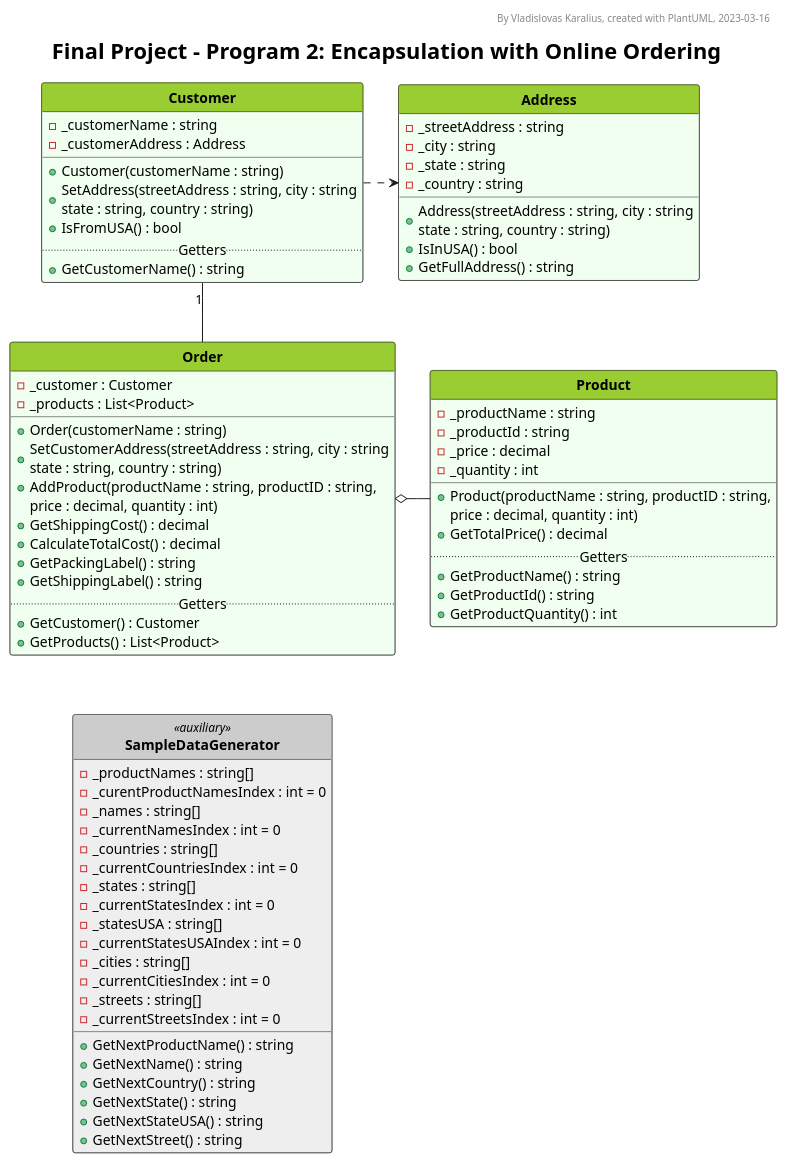
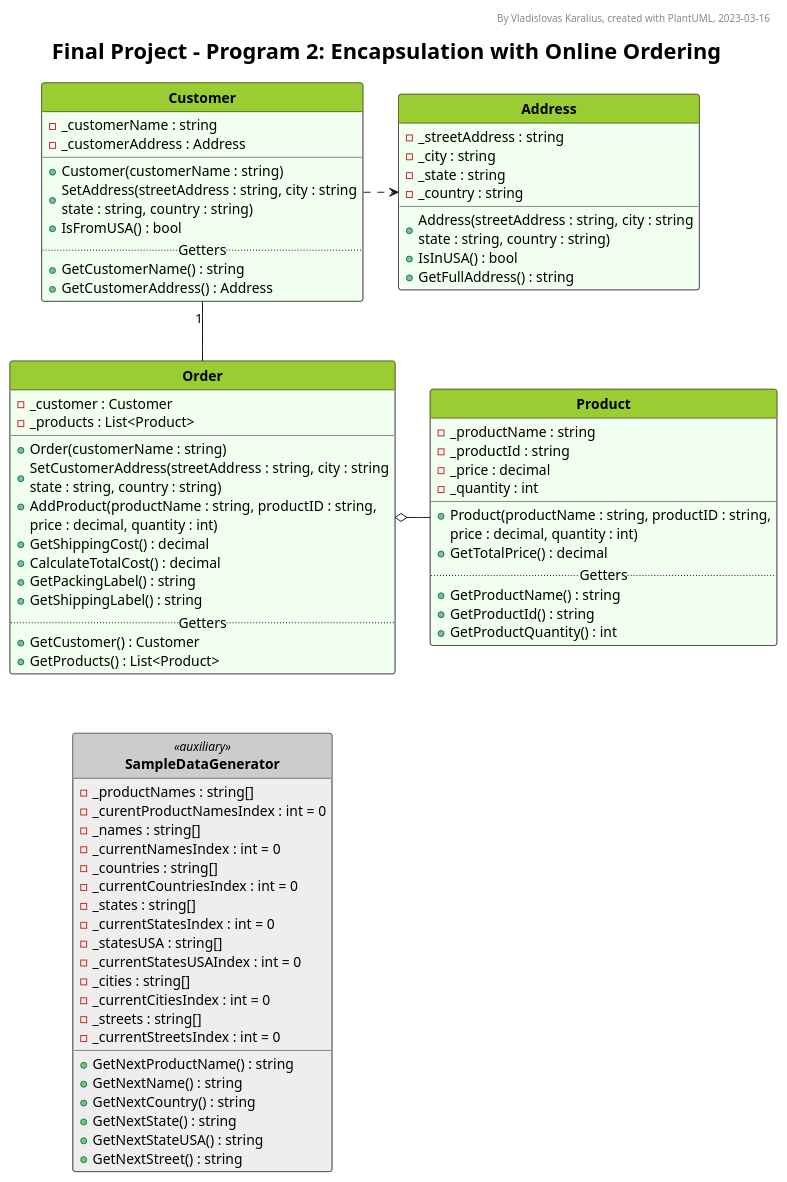
One commit to VladKaralius/cse210-projects changed the diagram in final/Foundation2/UML_diagram.pu. Above: the diagram before and after it, drawn with PlantUML.

Commit message:
Small fixes

```diff
--- a/final/Foundation2/UML_diagram.pu
+++ b/final/Foundation2/UML_diagram.pu
@@ -1,170 +1,171 @@
 @startuml UML_diagram
 
 '--Formatting options--
 hide circle
 hide empty members
 'skinparam classAttributeIconSize 0
 skinparam style strictuml
 'skinparam groupInheritance 2
 'skinparam linetype ortho
 'skinparam Nodesep 15
 'skinparam Ranksep 25
 'left to right direction
 
 '--Styling--
 'skinparam BackgroundColor White/LightGreen
 skinparam TitleFontSize 22
 
 <style>
 classDiagram {
   class {
     '-attributes and methods-
     'FontSize 14
     'FontColor black
     'BackgroundColor #fefece
     BackgroundColor #f0fff0
     'RoundCorner 0
     '-class name-
     header {
       'FontSize 12
       'FontColor Black
       FontStyle bold
       BackgroundColor YellowGreen
     }
     
     ' Alternative class style 1
     .style1 {
       BackgroundColor Bisque
       header {
         BackgroundColor Orange
       }
     }
 
     ' Alternative class style 2
     .auxiliary {
       BackgroundColor #eeeeee
       header {
         BackgroundColor #cccccc
       }
     }
   }
   note {
     BackgroundColor Yellow
   }
   legend {
     FontSize 18
   }
 </style>
 
 '--Header, title, caption--
 header By Vladislovas Karalius, created with PlantUML, 2023-03-16
 title Final Project - Program 2: Encapsulation with Online Ordering
 'caption <:warning:>Constructors without parameters are not shown in this diagram
 
 ' Dummy class that explains visibility symbols
 ' class Markers #dddddd {
 ' Attributes
 ' ..
 ' - private
 ' # protected
 ' + public
 ' {static} static
 ' --
 ' Methods
 ' ..
 ' - private()
 ' # protected()
 ' + public()
 ' {static} static()
 ' }
 
 '--Main--
 class Order {
   - _customer : Customer
   - _products : List<Product> 
   __
   + Order(customerName : string)
   + SetCustomerAddress(streetAddress : string, city : string\nstate : string, country : string)
   + AddProduct(productName : string, productID : string,
     price : decimal, quantity : int)
   + GetShippingCost() : decimal
   + CalculateTotalCost() : decimal
   + GetPackingLabel() : string
   + GetShippingLabel() : string
   ..Getters..
   + GetCustomer() : Customer
   + GetProducts() : List<Product>
 }
 
 class Product {
   - _productName : string
   - _productId : string
   - _price : decimal
   - _quantity : int
   __
   + Product(productName : string, productID : string,
     price : decimal, quantity : int)
   + GetTotalPrice() : decimal
   ..Getters..
   + GetProductName() : string
   + GetProductId() : string
   + GetProductQuantity() : int
 }
 
 class Customer {
 - _customerName : string
 - _customerAddress : Address
 __
 + Customer(customerName : string)
 + SetAddress(streetAddress : string, city : string\nstate : string, country : string)
 + IsFromUSA() : bool
 ..Getters..
 + GetCustomerName() : string
++ GetCustomerAddress() : Address
 }
 
 class Address {
   - _streetAddress : string
   - _city : string
   - _state : string
   - _country : string
   + Address(streetAddress : string, city : string\nstate : string, country : string)
   + IsInUSA() : bool
   + GetFullAddress() : string
 }
 
 class SampleDataGenerator <<auxiliary>> {
   - _productNames : string[]
   - _curentProductNamesIndex : int = 0
   - _names : string[]
   - _currentNamesIndex : int = 0
   - _countries : string[]
   - _currentCountriesIndex : int = 0
   - _states : string[]
   - _currentStatesIndex : int = 0
   - _statesUSA : string[]
   - _currentStatesUSAIndex : int = 0
   - _cities : string[]
   - _currentCitiesIndex : int = 0
   - _streets : string[]
   - _currentStreetsIndex : int = 0
   + GetNextProductName() : string
   + GetNextName() : string
   + GetNextCountry() : string
   + GetNextState() : string
   + GetNextStateUSA() : string
   + GetNextStreet() : string
 }
 
 Order o- Product
 Customer "1" -- Order
 Customer .> Address
 Order .[hidden]. SampleDataGenerator
 
 '--Description--
 ' legend bottom
 ' <size:22>__**Core Requirements**__
 ' The program has one base class **Activity**. This class contains the attributes and methods
 ' that are common to all activities. Certain functions are put into separate classes as follows:
 ' endlegend
 
 @enduml
```
